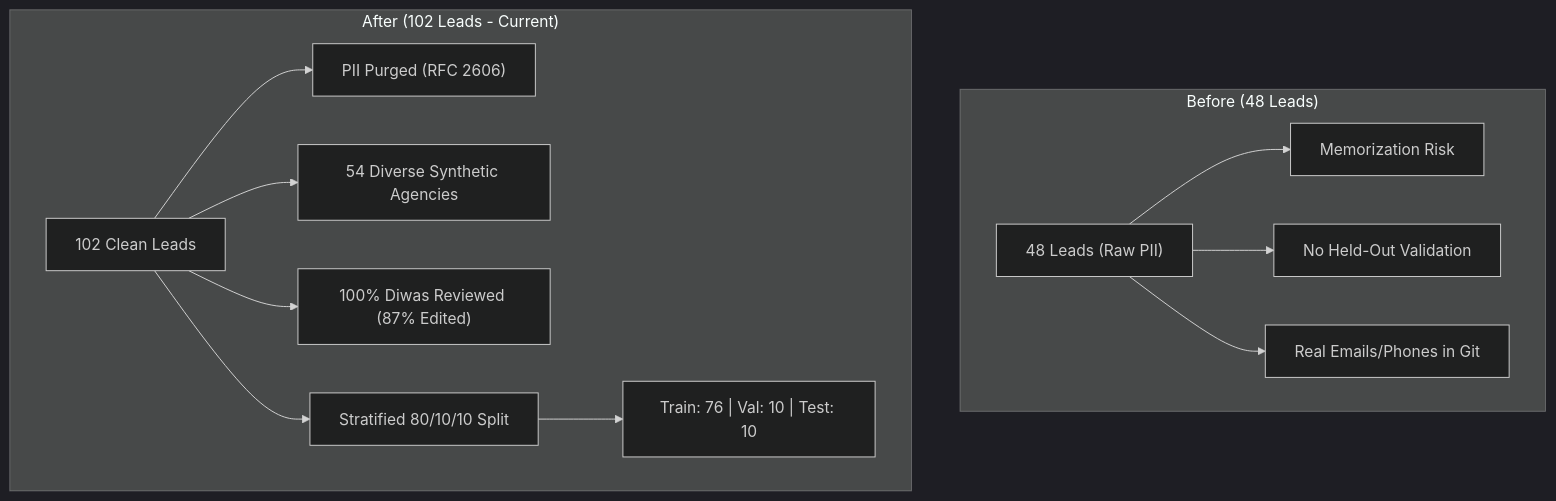
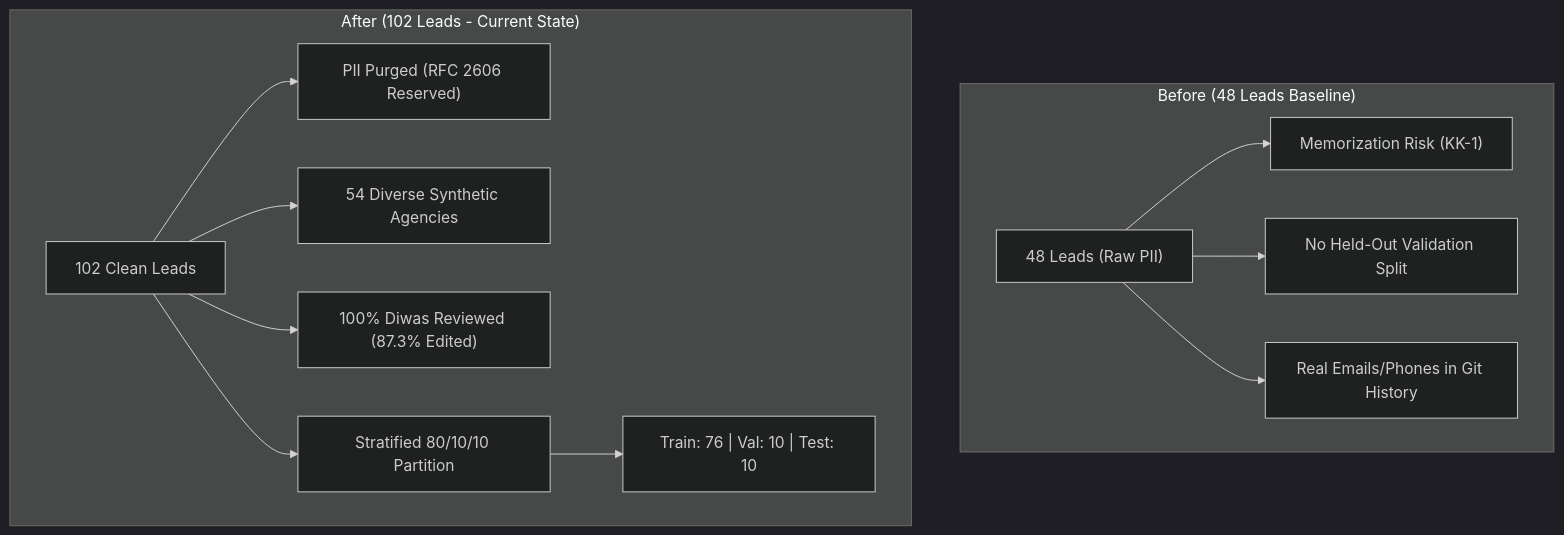
One commit to DiwasDev/slm-finetuning changed the second of 8 diagrams in docs/pipeline-guide.md. Above: the diagram before and after it, drawn with Mermaid (dark theme). The commit also changed other lines of this file and 1 other file, not shown here.

Commit message:
docs: convert all pipeline-guide diagrams to Mermaid

````diff
--- a/docs/pipeline-guide.md
+++ b/docs/pipeline-guide.md
@@ -34,15 +34,15 @@
 ```mermaid
 flowchart TD
-    subgraph "Before (48 Leads)"
-        A1["48 Leads (Raw PII)"] --> B1["Memorization Risk"]
-        A1 --> C1["No Held-Out Validation"]
-        A1 --> D1["Real Emails/Phones in Git"]
+    subgraph "Before (48 Leads Baseline)"
+        A1["48 Leads (Raw PII)"] --> B1["Memorization Risk (KK-1)"]
+        A1 --> C1["No Held-Out Validation Split"]
+        A1 --> D1["Real Emails/Phones in Git History"]
     end
-    subgraph "After (102 Leads - Current)"
-        A2["102 Clean Leads"] --> B2["PII Purged (RFC 2606)"]
+    subgraph "After (102 Leads - Current State)"
+        A2["102 Clean Leads"] --> B2["PII Purged (RFC 2606 Reserved)"]
         A2 --> C2["54 Diverse Synthetic Agencies"]
-        A2 --> D2["100% Diwas Reviewed (87% Edited)"]
-        A2 --> E2["Stratified 80/10/10 Split"]
+        A2 --> D2["100% Diwas Reviewed (87.3% Edited)"]
+        A2 --> E2["Stratified 80/10/10 Partition"]
         E2 --> F2["Train: 76 | Val: 10 | Test: 10"]
     end
 ```
````
